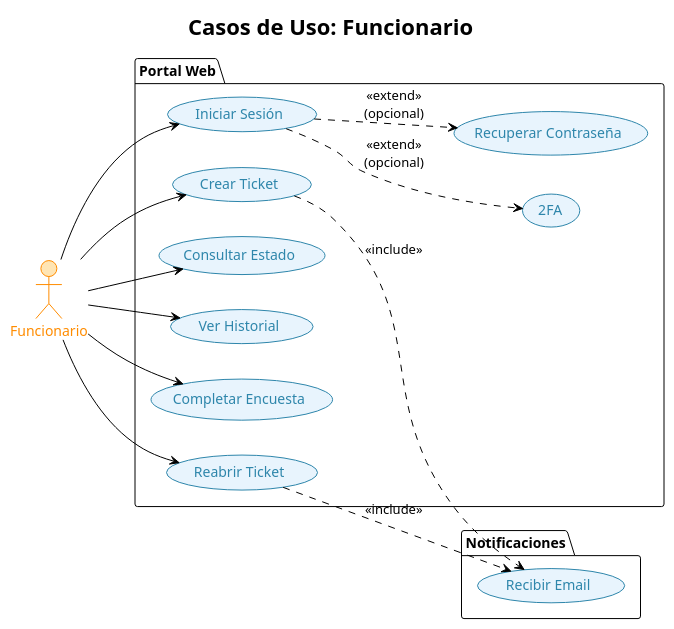
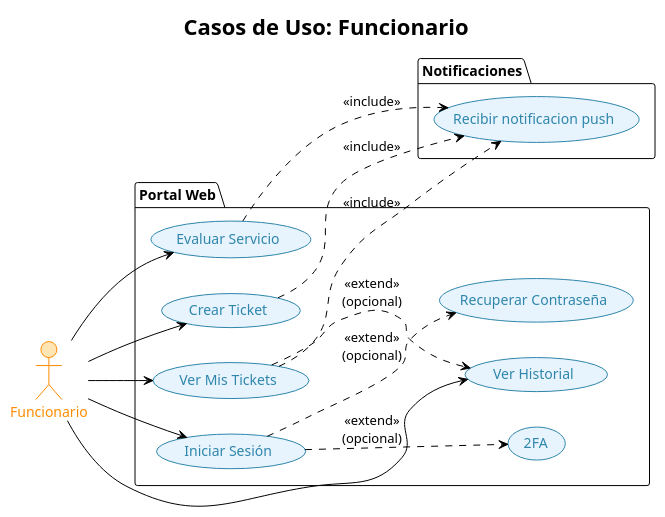
Before and after one commit to Samuelpaloma/alcaldia: the diagram in architecture/use_case/Funcionario_use_case.wsd, drawn with PlantUML. The commit also changed 6 other files, not shown here.

Commit message:
fix(diagrams): correct incorrect flow in activity diagram

```diff
--- a/architecture/use_case/Funcionario_use_case.wsd
+++ b/architecture/use_case/Funcionario_use_case.wsd
@@ -1,52 +1,52 @@
 @startuml
 !theme plain
 skinparam backgroundColor #FFFFFF
 skinparam usecase {
   BackgroundColor #E8F4FD
   BorderColor #2E86AB
   FontColor #2E86AB
 }
 skinparam actor {
   BackgroundColor #FFE5B4
   BorderColor #FF8C00
   FontColor #FF8C00
 }
 
 title Casos de Uso: Funcionario
 
 left to right direction
 
 actor "Funcionario" as F
 
 package "Portal Web" {
   usecase "Iniciar Sesión" as Login
-  usecase "Crear Ticket" as Crear
-  usecase "Consultar Estado" as Consultar
+  usecase "Crear Ticket" as CrearTicket
+  usecase "Ver Mis Tickets" as VerTickets
+  usecase "Evaluar Servicio" as Evaluar
   usecase "Ver Historial" as Historial
-  usecase "Completar Encuesta" as Encuesta
-  usecase "Reabrir Ticket" as Reabrir
   usecase "2FA" as 2FA
   usecase "Recuperar Contraseña" as Recuperar
 }
 
 package "Notificaciones" {
-  usecase "Recibir Email" as Email
+  usecase "Recibir notificacion push" as Email
 }
 
 ' === Relaciones ===
 F --> Login
-F --> Crear
-F --> Consultar
+F --> CrearTicket
+F --> VerTickets
+F --> Evaluar
 F --> Historial
-F --> Encuesta
-F --> Reabrir
 
 ' === Include ===
-Crear ..> Email : "<<include>>"
-Reabrir ..> Email : "<<include>>"
+CrearTicket ..> Email : "<<include>>"
+VerTickets ..> Email : "<<include>>"
+Evaluar ..> Email : "<<include>>"
 
 ' === Extend ===
 Login ..> 2FA : "<<extend>>\n(opcional)"
 Login ..> Recuperar : "<<extend>>\n(opcional)"
+VerTickets ..> Historial : "<<extend>>\n(opcional)"
 
 @enduml
```
